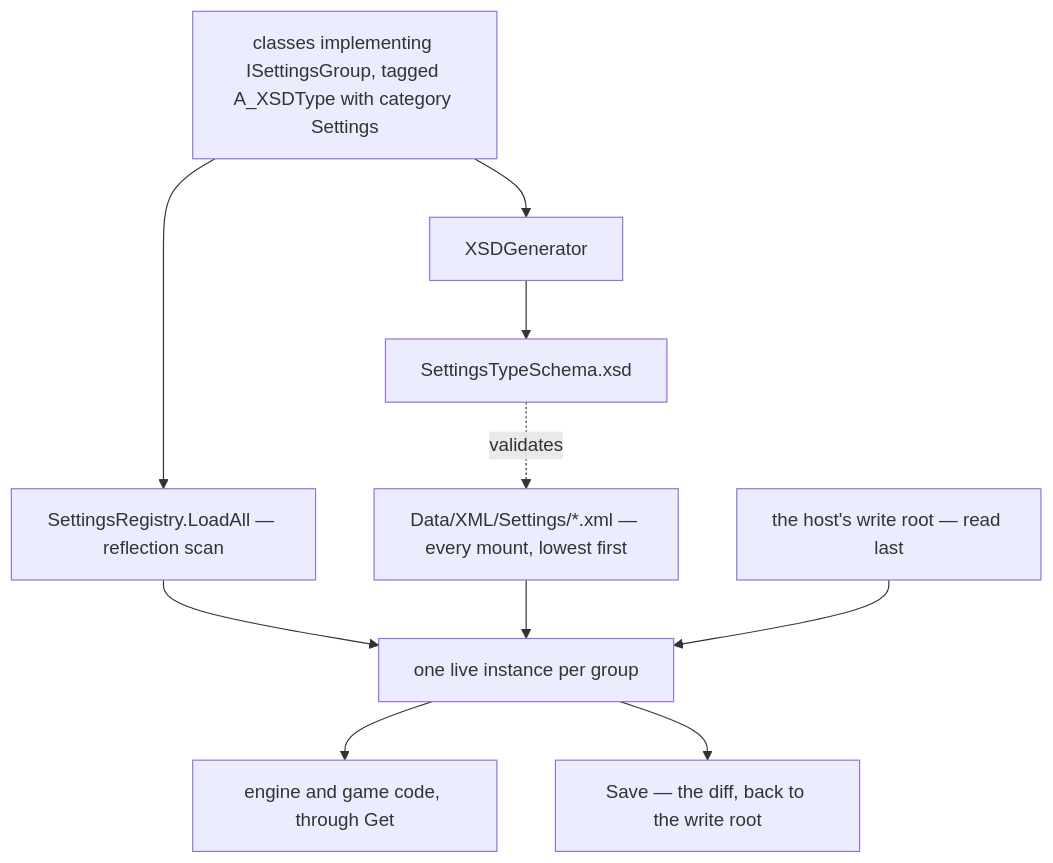
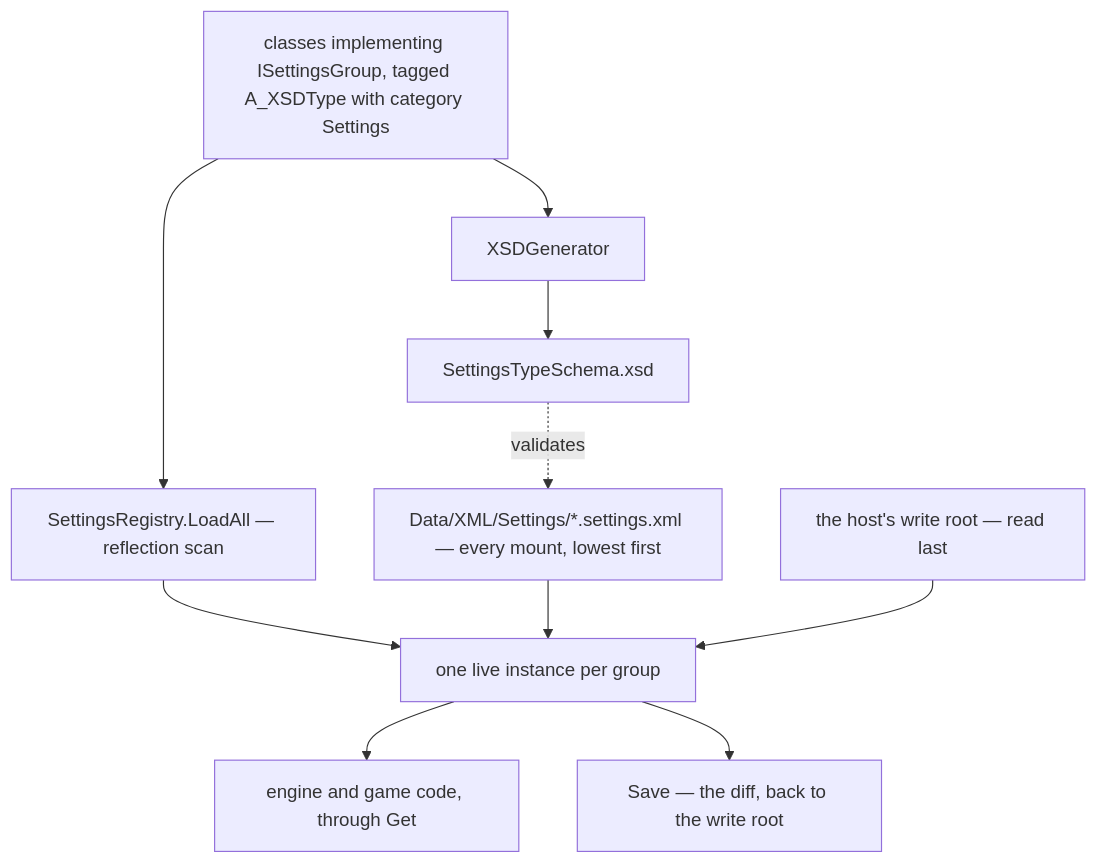
Before and after one commit to NexerG/Project-Aurora: the diagram in DOCUMENTATION/Engine/Systems/SETTINGS.md, drawn with Mermaid. The commit also changed other lines of this file and 69 other files, not shown here.

First line of the commit message:
Name a data XML file by its kind

````diff
--- a/DOCUMENTATION/Engine/Systems/SETTINGS.md
+++ b/DOCUMENTATION/Engine/Systems/SETTINGS.md
@@ -34,12 +34,12 @@
 ```mermaid
 graph TD
   Types["classes implementing ISettingsGroup, tagged A_XSDType with category Settings"] --> Scan["SettingsRegistry.LoadAll — reflection scan"]
   Types --> Gen["XSDGenerator"]
   Gen --> Schema["SettingsTypeSchema.xsd"]
   Schema -. validates .-> Files
   Scan --> Groups["one live instance per group"]
-  Files["Data/XML/Settings/*.xml — every mount, lowest first"] --> Groups
+  Files["Data/XML/Settings/*.settings.xml — every mount, lowest first"] --> Groups
   Root["the host's write root — read last"] --> Groups
   Groups --> Read["engine and game code, through Get"]
   Groups --> Save["Save — the diff, back to the write root"]
 ```
````
